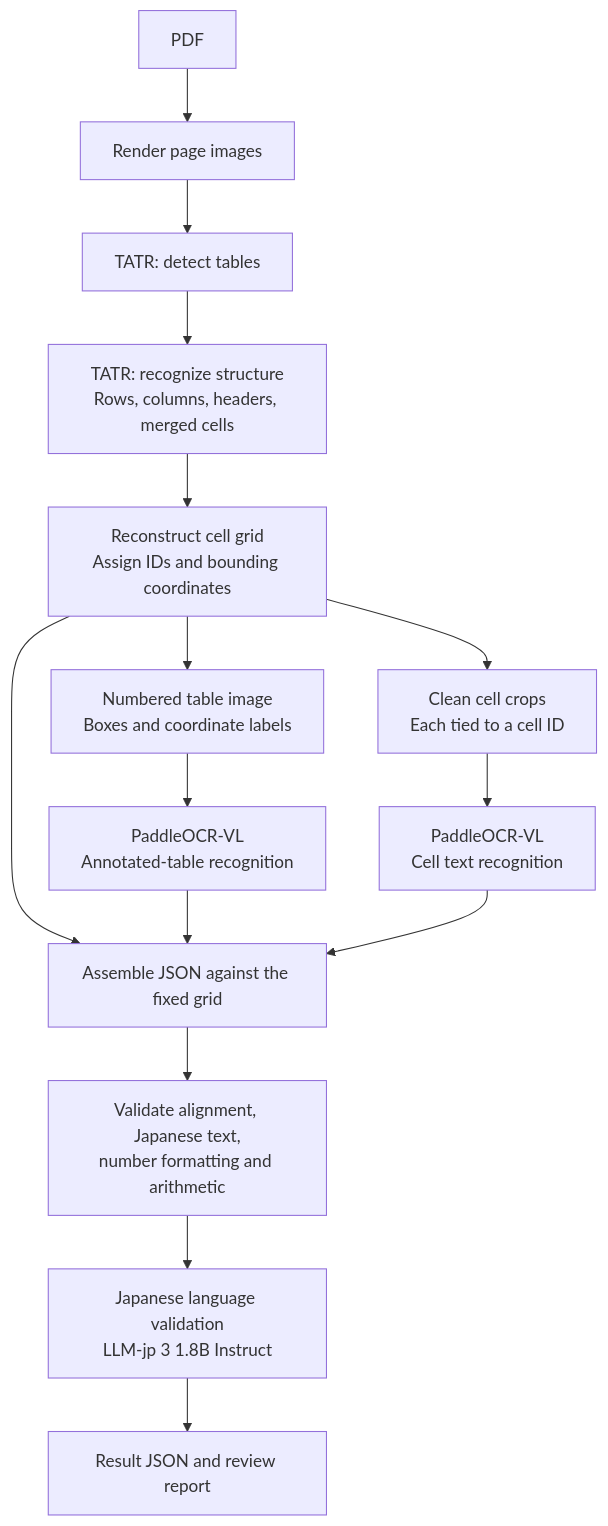
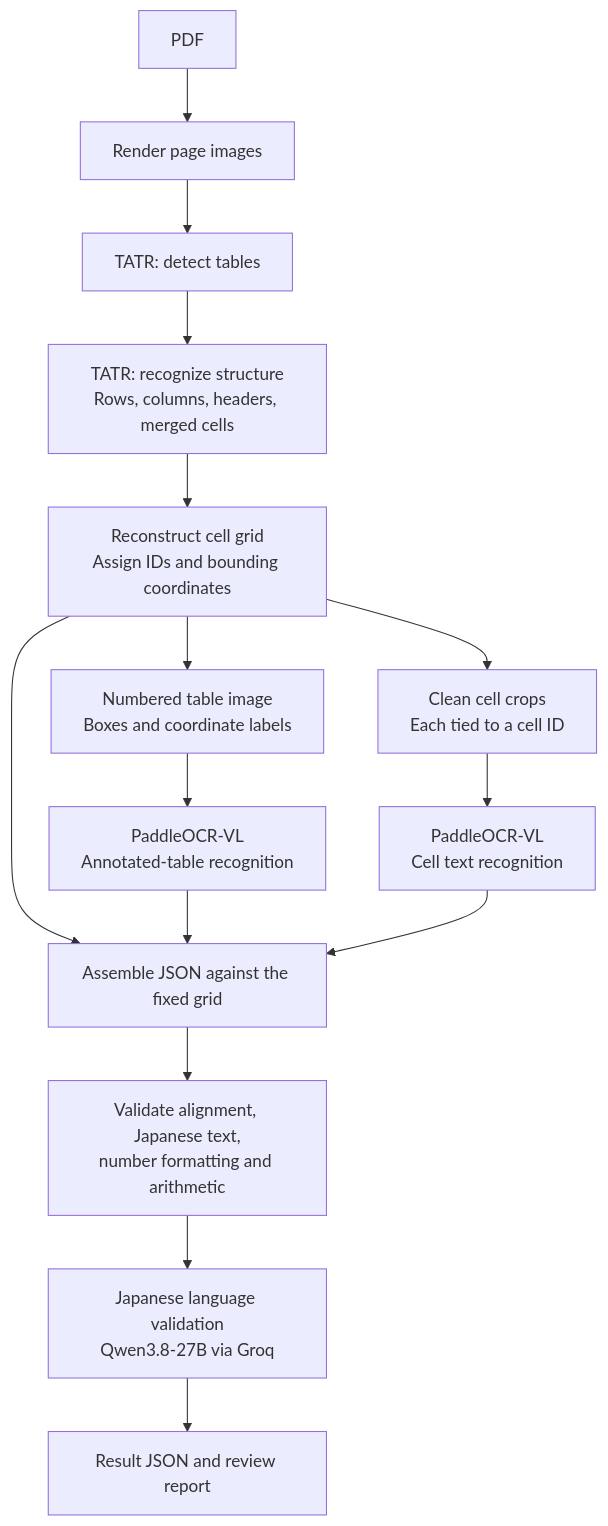
Before and after one commit to Himkeshtak/Ur-AI-Assignment: the diagram in README.md, drawn with Mermaid. The commit also changed other lines of this file and 165 other files, not shown here.

````diff
--- a/README.md
+++ b/README.md
@@ -14,17 +15,17 @@
 ```mermaid
 flowchart TD
     A["PDF"] --> B["Render page images"]
     B --> C["TATR: detect tables"]
     C --> D["TATR: recognize structure<br/>Rows, columns, headers, merged cells"]
     D --> E["Reconstruct cell grid<br/>Assign IDs and bounding coordinates"]
     E --> F["Numbered table image<br/>Boxes and coordinate labels"]
     E --> G["Clean cell crops<br/>Each tied to a cell ID"]
     F --> H["PaddleOCR-VL<br/>Annotated-table recognition"]
     G --> I["PaddleOCR-VL<br/>Cell text recognition"]
     E --> J["Assemble JSON against the fixed grid"]
     H --> J
     I --> J
     J --> K["Validate alignment, Japanese text,<br/>number formatting and arithmetic"]
-    K --> M["Japanese language validation<br/>LLM-jp 3 1.8B Instruct"]
+    K --> M["Japanese language validation<br/>Qwen3.8-27B via Groq"]
     M --> L["Result JSON and review report"]
 ```
````
